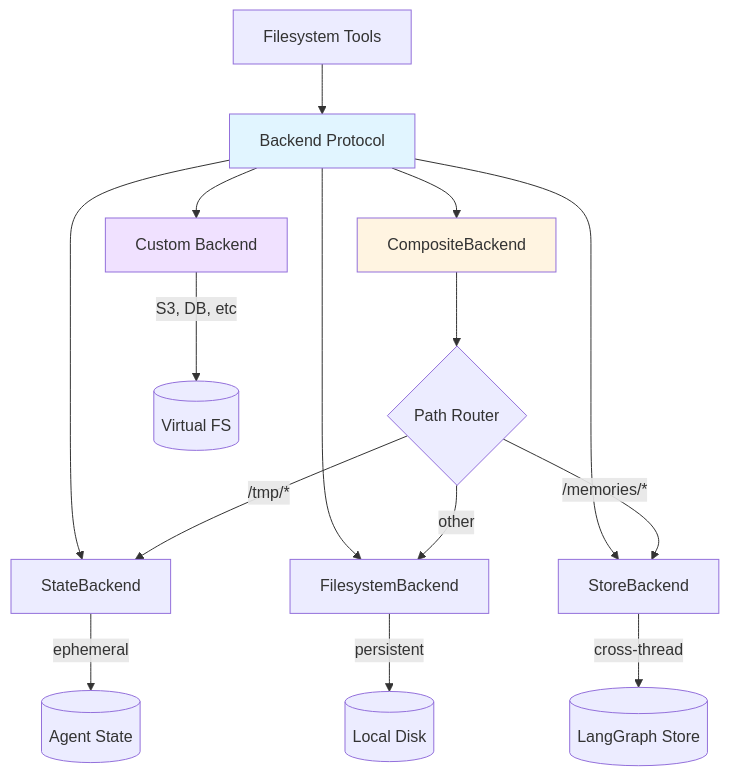
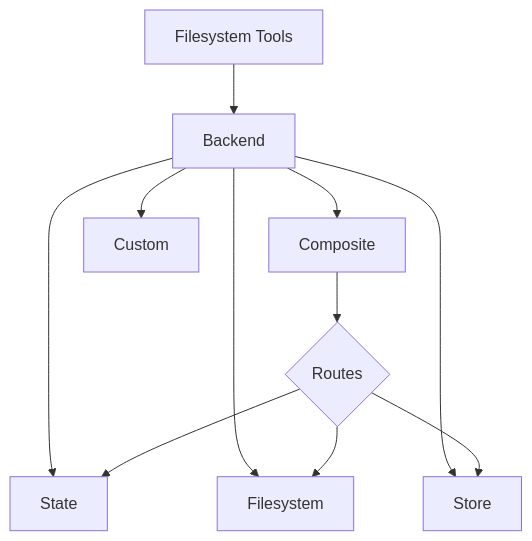
One commit to langchain-ai/docs changed the diagram in src/oss/deepagents/backends.mdx. Above: the diagram before and after it, drawn with Mermaid. The commit also changed 6 other files, not shown here.

````diff
--- a/src/oss/deepagents/backends.mdx
+++ b/src/oss/deepagents/backends.mdx
@@ -8,25 +8,15 @@
 ```mermaid
 graph TB
-    Tools[Filesystem Tools] --> Protocol[Backend Protocol]
+    Tools[Filesystem Tools] --> Backend[Backend]
 
-    Protocol --> State[StateBackend]
-    Protocol --> Disk[FilesystemBackend]
-    Protocol --> Store[StoreBackend]
-    Protocol --> Composite[CompositeBackend]
-    Protocol --> Custom[Custom Backend]
+    Backend --> State[State]
+    Backend --> Disk[Filesystem]
+    Backend --> Store[Store]
+    Backend --> Composite[Composite]
+    Backend --> Custom[Custom]
 
-    State --> |ephemeral| StateStore[(Agent State)]
-    Disk --> |persistent| LocalFS[(Local Disk)]
-    Store --> |cross-thread| LGStore[(LangGraph Store)]
-
-    Composite --> Router{Path Router}
-    Router --> |/memories/*| Store
-    Router --> |/tmp/*| State
-    Router --> |other| Disk
-
-    Custom --> |S3, DB, etc| VirtualFS[(Virtual FS)]
-
-    style Protocol fill:#e1f5ff
-    style Composite fill:#fff4e1
-    style Custom fill:#f0e1ff
+    Composite --> Router{Routes}
+    Router --> State
+    Router --> Disk
+    Router --> Store
 ```
````
